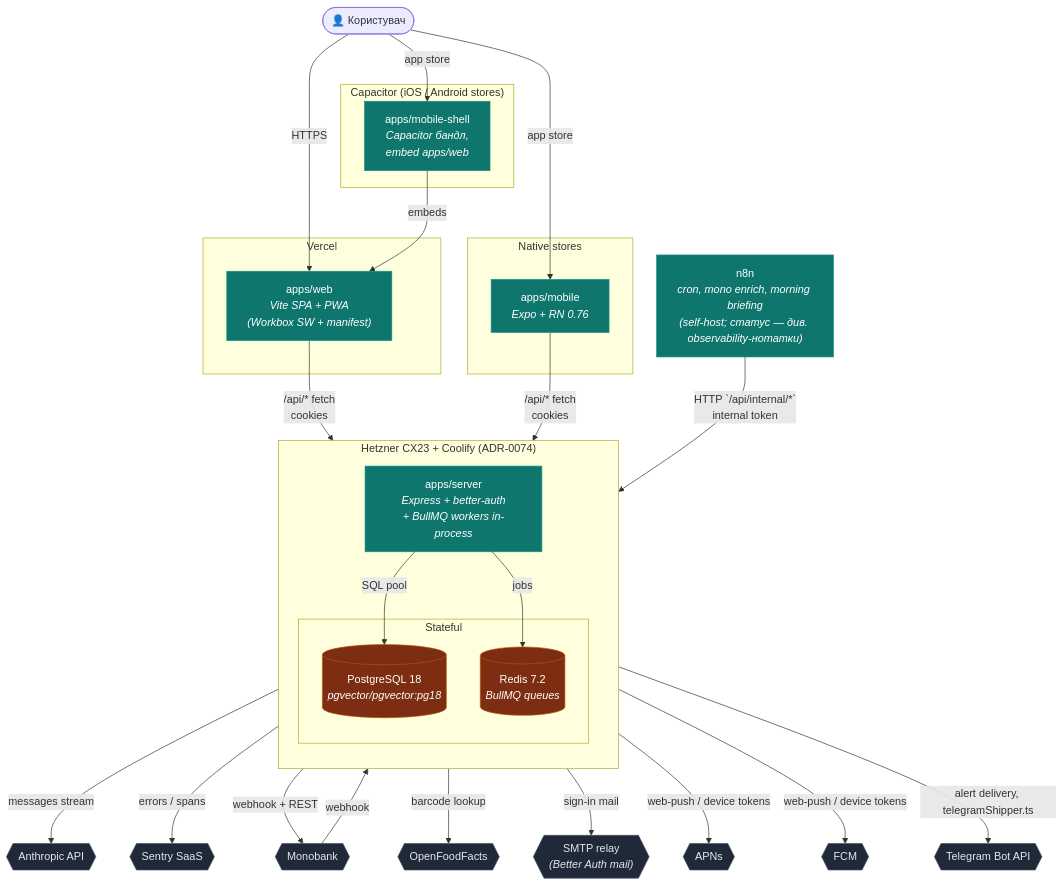
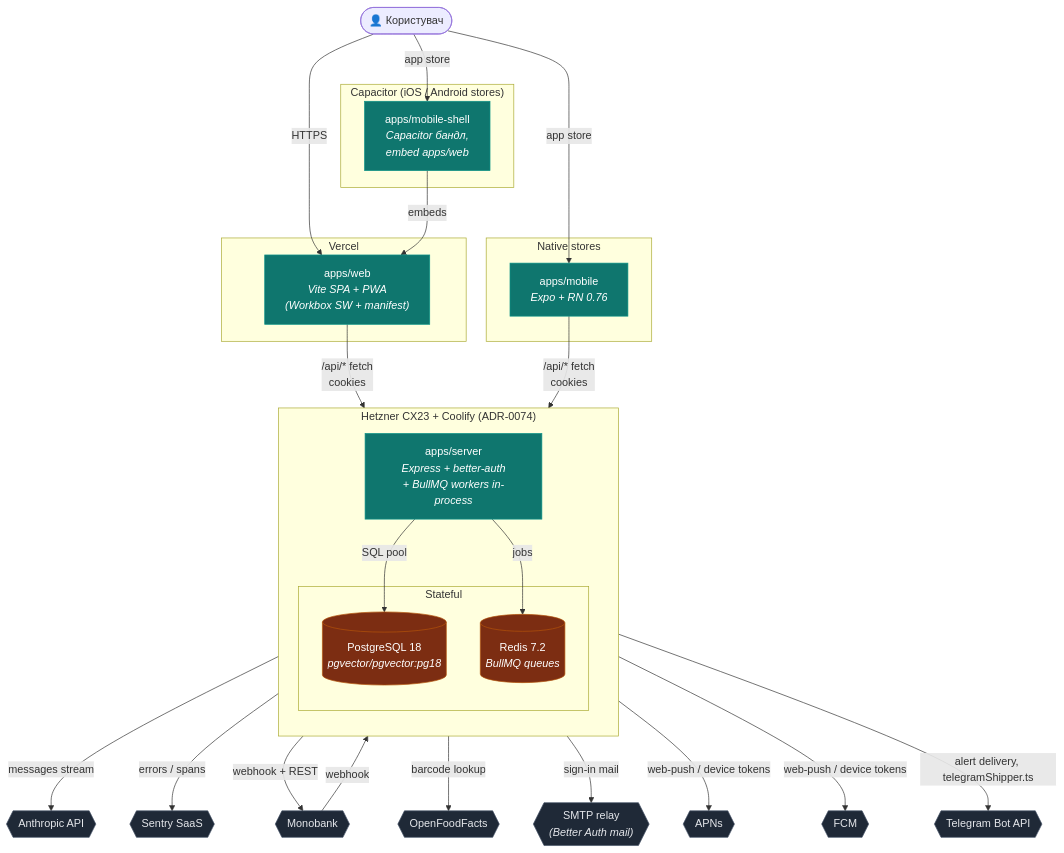
One commit to SkOrDs-02/sergeant changed the diagram in docs/02-engineering/architecture/diagrams/c2-containers.md. Above: the diagram before and after it, drawn with Mermaid. The commit also changed other lines of this file and 119 other files, not shown here.

````diff
--- a/docs/02-engineering/architecture/diagrams/c2-containers.md
+++ b/docs/02-engineering/architecture/diagrams/c2-containers.md
@@ -8,66 +8,64 @@
 ```mermaid
 flowchart TB
     User(["👤 Користувач"])
 
     subgraph Vercel["Vercel"]
         Web["apps/web<br/><i>Vite SPA + PWA<br/>(Workbox SW + manifest)</i>"]
     end
 
     subgraph Capacitor["Capacitor (iOS / Android stores)"]
         Shell["apps/mobile-shell<br/><i>Capacitor бандл,<br/>embed apps/web</i>"]
     end
 
     subgraph Native["Native stores"]
         Mobile["apps/mobile<br/><i>Expo + RN 0.76</i>"]
     end
 
     subgraph Hetzner["Hetzner CX23 + Coolify (ADR-0074)"]
         direction TB
         Server["apps/server<br/><i>Express + better-auth<br/>+ BullMQ workers in-process</i>"]
 
         subgraph DB["Stateful"]
             PG[("PostgreSQL 18<br/><i>pgvector/pgvector:pg18</i>")]
             R[("Redis 7.2<br/><i>BullMQ queues</i>")]
         end
     end
 
-    N8N["n8n<br/><i>cron, mono enrich, morning briefing<br/>(self-host; статус — див. observability-нотатки)</i>"]
 
     Anthropic{{"Anthropic API"}}
     Sentry{{"Sentry SaaS"}}
     Mono{{"Monobank"}}
     OFF{{"OpenFoodFacts"}}
     SMTP{{"SMTP relay<br/><i>(Better Auth mail)</i>"}}
     APNs{{"APNs"}}
     FCM{{"FCM"}}
     Telegram{{"Telegram Bot API"}}
 
     User -->|HTTPS| Web
     User -->|app store| Shell
     User -->|app store| Mobile
 
     Web -->|/api/* fetch<br/>cookies| Server
     Mobile -->|/api/* fetch<br/>cookies| Server
     Shell -->|embeds| Web
 
     Server -->|SQL pool| PG
     Server -->|jobs| R
     Server -->|messages stream| Anthropic
     Server -->|errors / spans| Sentry
     Server -->|webhook + REST| Mono
     Server -->|barcode lookup| OFF
     Server -->|sign-in mail| SMTP
     Server -->|web-push / device tokens| APNs
     Server -->|web-push / device tokens| FCM
     Server -->|alert delivery, telegramShipper.ts| Telegram
 
-    N8N -->|HTTP `/api/internal/*`<br/>internal token| Server
     Mono -->|webhook| Server
 
     classDef cont fill:#0f766e,stroke:#0d9488,color:#fff
     classDef store fill:#7c2d12,stroke:#b45309,color:#fff
     classDef ext fill:#1f2937,stroke:#475569,color:#e5e7eb
-    class Web,Shell,Mobile,Server,N8N cont
+    class Web,Shell,Mobile,Server cont
     class PG,R store
     class Anthropic,Sentry,Mono,OFF,SMTP,APNs,FCM,Telegram ext
 ```
````
